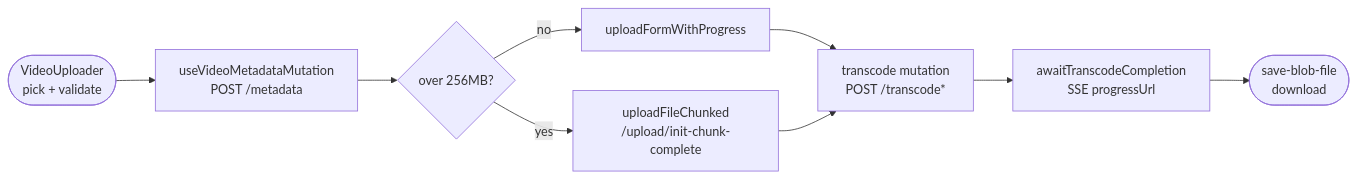
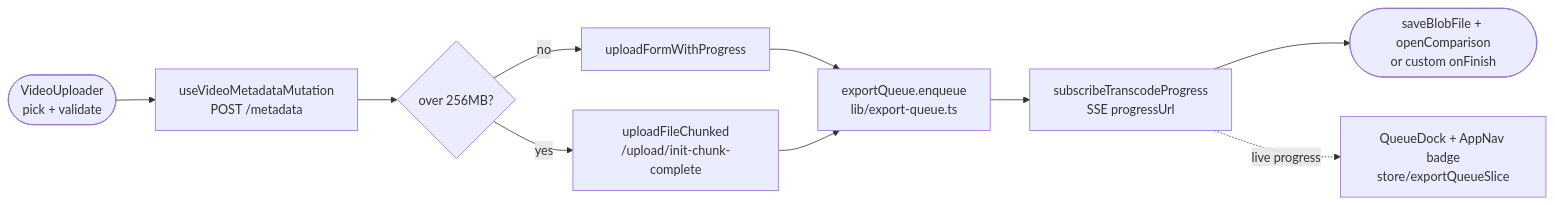
Before and after one commit to Iipal/ffmpego_editor: the ninth of 10 diagrams in apps/web/README.md, drawn with Mermaid. The commit also changed other lines of this file and 37 other files, not shown here.

Commit message:
feat: non-blocking export queue — fire-and-forget exports via ExportQueue service, QueueDock + nav badge, bulk submits all at once

````diff
--- a/apps/web/README.md
+++ b/apps/web/README.md
@@ -176,11 +178,12 @@
 ```mermaid
 flowchart LR
     Pick([VideoUploader<br/>pick + validate]) --> Meta[useVideoMetadataMutation<br/>POST /metadata]
     Meta --> Chunk{over 256MB?}
     Chunk -- no --> Form[uploadFormWithProgress]
     Chunk -- yes --> Big[uploadFileChunked<br/>/upload/init-chunk-complete]
-    Form --> TR[transcode mutation<br/>POST /transcode*]
+    Form --> TR[exportQueue.enqueue<br/>lib/export-queue.ts]
     Big --> TR
-    TR --> SSE[awaitTranscodeCompletion<br/>SSE progressUrl]
-    SSE --> Save([save-blob-file<br/>download])
+    TR --> SSE[subscribeTranscodeProgress<br/>SSE progressUrl]
+    SSE --> Save([saveBlobFile + openComparison<br/>or custom onFinish])
+    SSE -. live progress .-> QD[QueueDock + AppNav badge<br/>store/exportQueueSlice]
 ```
````
